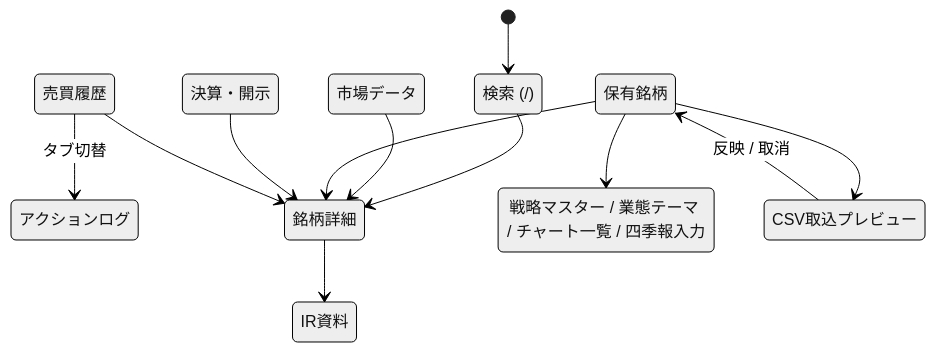
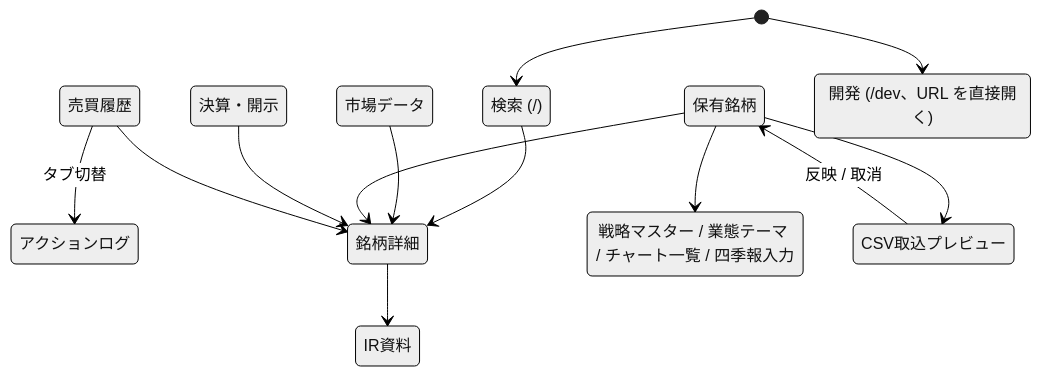
One commit to nasumiso/KSKInvestSystem changed the diagram in doc/アーキテクチャ.md. Above: the diagram before and after it, drawn with Mermaid (neutral theme). The commit also changed other lines of this file, not shown here.

Commit message:
アーキテクチャの画面遷移図に /dev ページを追加する (#81)

````diff
--- a/doc/アーキテクチャ.md
+++ b/doc/アーキテクチャ.md
@@ -131,25 +131,27 @@
 ```mermaid
 stateDiagram-v2
     state "検索 (/)" as search
     state "市場データ" as market
     state "保有銘柄" as portfolio
     state "決算・開示" as disclosure
     state "売買履歴" as history
     state "アクションログ" as actionlog
     state "銘柄詳細" as detail
     state "IR資料" as irdocs
     state "戦略マスター / 業態テーマ / チャート一覧 / 四季報入力" as pfsub
     state "CSV取込プレビュー" as csvimport
+    state "開発 (/dev、URL を直接開く)" as dev
 
     [*] --> search
     search --> detail
     market --> detail
     portfolio --> detail
     disclosure --> detail
     history --> detail
     portfolio --> pfsub
     portfolio --> csvimport
     csvimport --> portfolio: 反映 / 取消
     history --> actionlog: タブ切替
     detail --> irdocs
+    [*] --> dev
 ```
````
